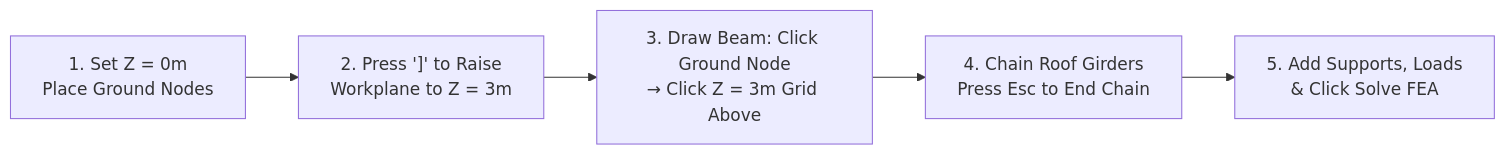
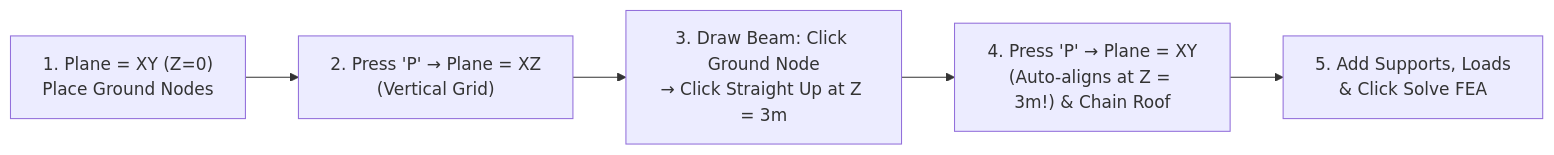
One commit to jstello/beam3d changed the diagram in docs/TUTORIALS.md. Above: the diagram before and after it, drawn with Mermaid. The commit also changed other lines of this file and 6 other files, not shown here.

````diff
--- a/docs/TUTORIALS.md
+++ b/docs/TUTORIALS.md
@@ -35,7 +41,7 @@
 ```mermaid
 flowchart LR
-    A["1. Set Z = 0m\nPlace Ground Nodes"] --> B["2. Press ']' to Raise\nWorkplane to Z = 3m"]
-    B --> C["3. Draw Beam: Click Ground Node\n→ Click Z = 3m Grid Above"]
-    C --> D["4. Chain Roof Girders\nPress Esc to End Chain"]
+    A["1. Plane = XY (Z=0)\nPlace Ground Nodes"] --> B["2. Press 'P' → Plane = XZ\n(Vertical Grid)"]
+    B --> C["3. Draw Beam: Click Ground Node\n→ Click Straight Up at Z = 3m"]
+    C --> D["4. Press 'P' → Plane = XY\n(Auto-aligns at Z = 3m!) & Chain Roof"]
     D --> E["5. Add Supports, Loads\n& Click Solve FEA"]
 ```
````
